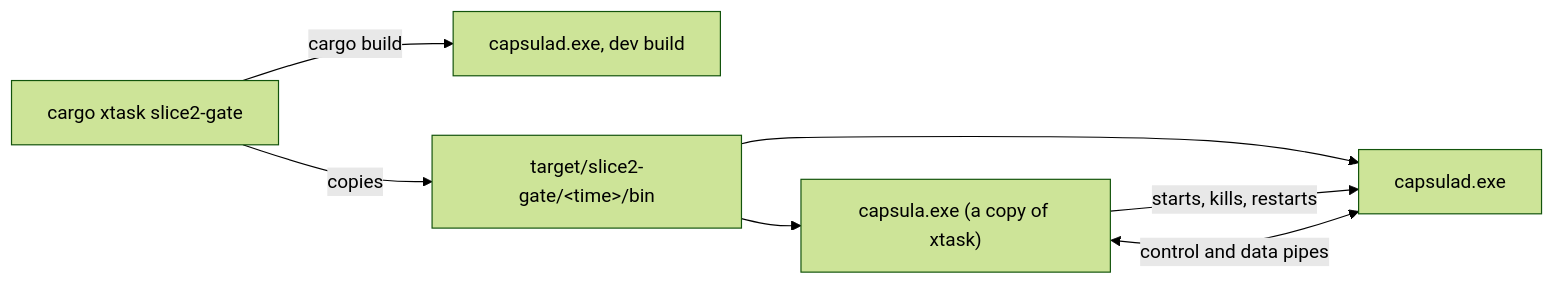
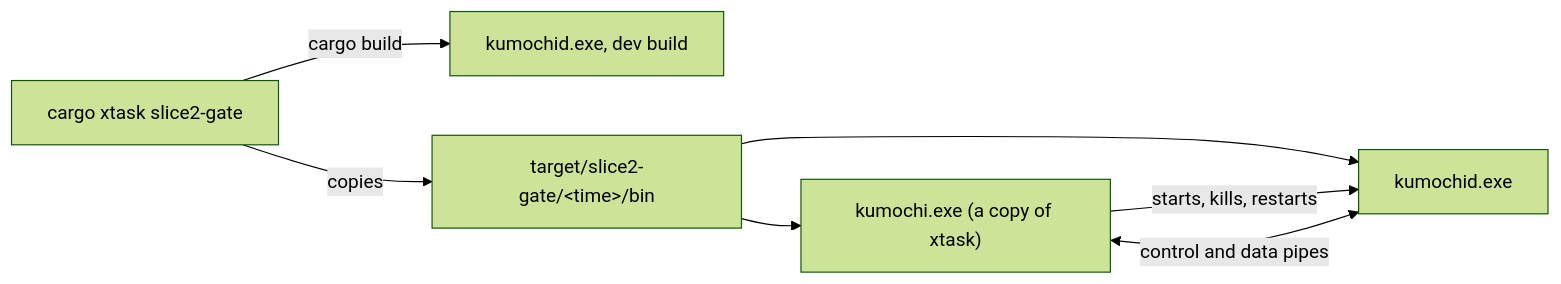
Before and after one commit to labcoder/capsula: the diagram in docs/development/slice2-gate.md, drawn with Mermaid (forest theme). The commit also changed other lines of this file and 115 other files, not shown here.

````diff
--- a/docs/development/slice2-gate.md
+++ b/docs/development/slice2-gate.md
@@ -8,9 +8,9 @@
 ```mermaid
 flowchart LR
-  X[cargo xtask slice2-gate] -->|cargo build| B[capsulad.exe, dev build]
+  X[cargo xtask slice2-gate] -->|cargo build| B[kumochid.exe, dev build]
   X -->|copies| F["target/slice2-gate/&lt;time&gt;/bin"]
-  F --> C["capsula.exe (a copy of xtask)"]
-  F --> D[capsulad.exe]
+  F --> C["kumochi.exe (a copy of xtask)"]
+  F --> D[kumochid.exe]
   C -->|starts, kills, restarts| D
   C <-->|control and data pipes| D
 ```
````
